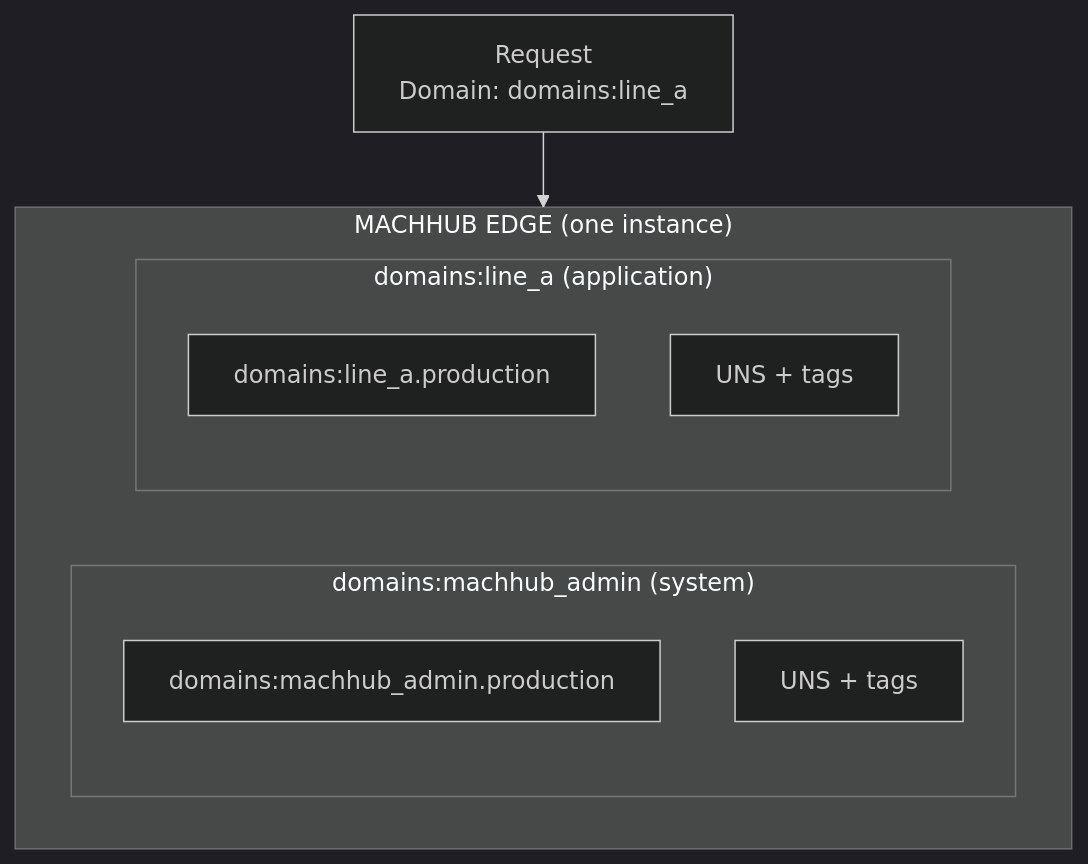
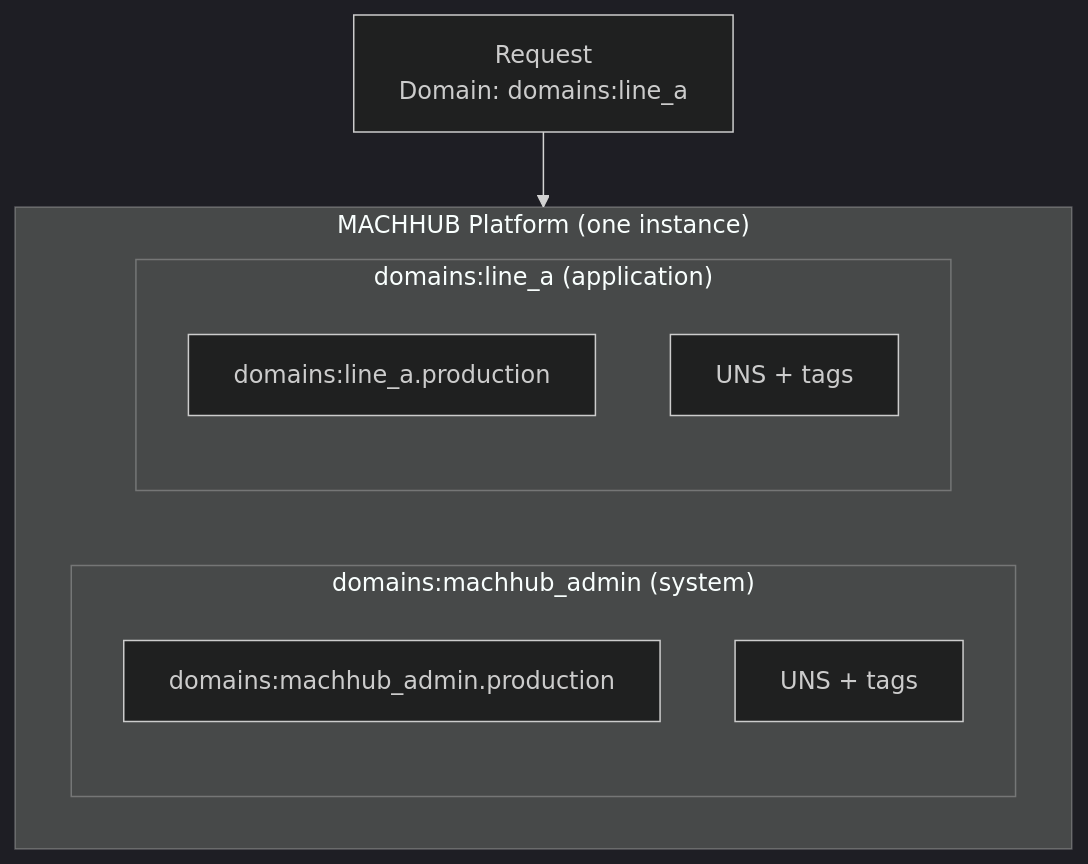
Before and after one commit to machhub-dev/docs: the diagram in src/content/docs/concepts/domains.md, drawn with Mermaid (dark theme). The commit also changed other lines of this file and 24 other files, not shown here.

First line of the commit message:
docs: rename product from "MACHHUB EDGE" to "MACHHUB Platform"

````diff
--- a/src/content/docs/concepts/domains.md
+++ b/src/content/docs/concepts/domains.md
@@ -97,15 +97,15 @@
 ```mermaid
 flowchart TB
-  subgraph EDGE["MACHHUB EDGE (one instance)"]
+  subgraph EDGE["MACHHUB Platform (one instance)"]
     direction LR
     subgraph D1["domains:machhub_admin (system)"]
       C1["domains:machhub_admin.production"]
       U1["UNS + tags"]
     end
     subgraph D2["domains:line_a (application)"]
       C2["domains:line_a.production"]
       U2["UNS + tags"]
     end
   end
   Req["Request\nDomain: domains:line_a"] --> D2
 ```
````
